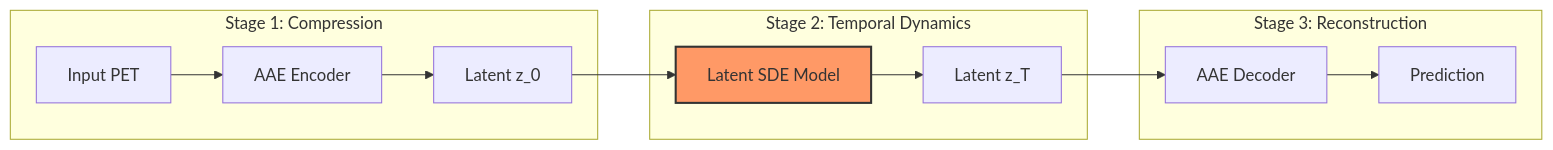
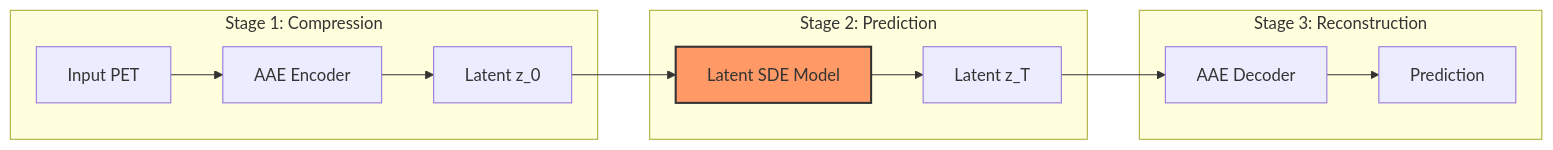
The first of 2 diagrams in README.md (avalanchezy/IL-CLDM), drawn with Mermaid before and after one commit.

Commit message:
Rename Stage 2 from 'Temporal Dynamics' to 'Prediction'

````diff
--- a/README.md
+++ b/README.md
@@ -17,16 +17,16 @@
 ```mermaid
 graph LR
     subgraph "Stage 1: Compression"
     Img[Input PET] --> Enc[AAE Encoder] --> Z0[Latent z_0]
     end
     
-    subgraph "Stage 2: Temporal Dynamics"
+    subgraph "Stage 2: Prediction"
     Z0 --> SDE[Latent SDE Model] --> ZT[Latent z_T]
     end
     
     subgraph "Stage 3: Reconstruction"
     ZT --> Dec[AAE Decoder] --> Pred[Prediction]
     end
     
     style SDE fill:#f96,stroke:#333,stroke-width:2px
 ```
````
